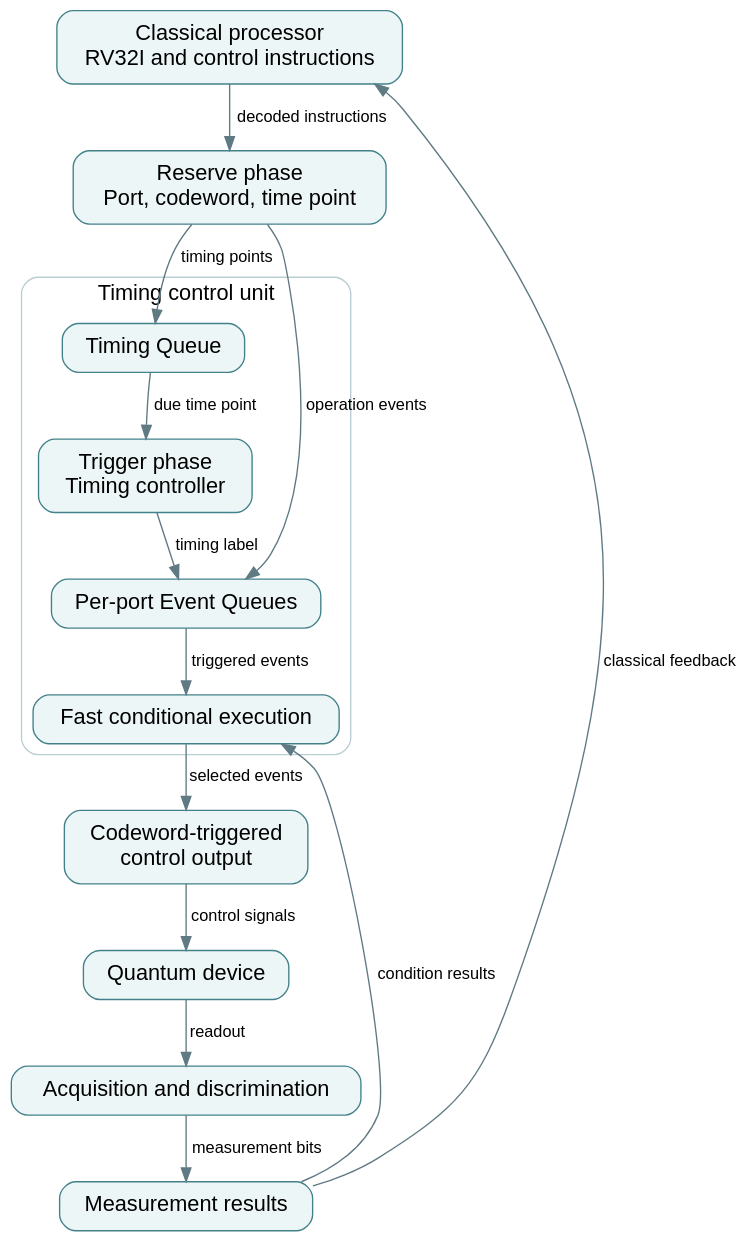
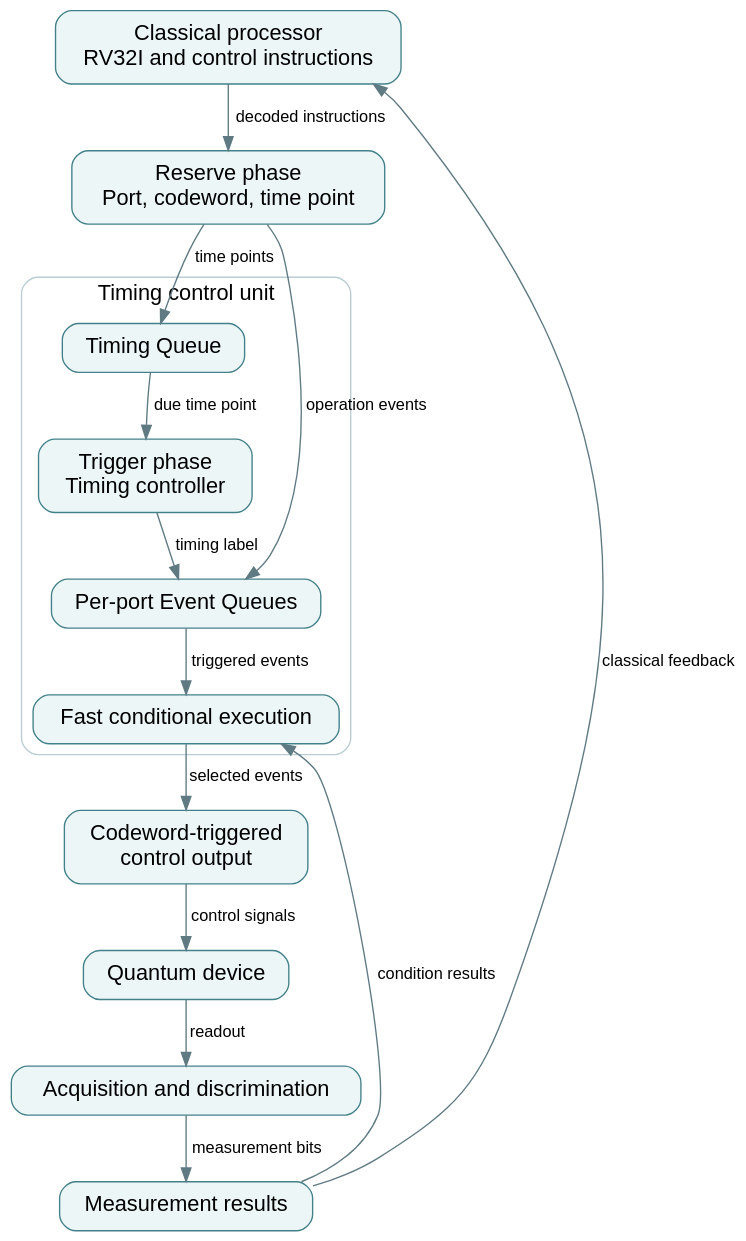
Before and after one commit to qsbit-org/qsbit-sim: the diagram in docs/architecture.dot, drawn with Graphviz. The commit also changed 44 other files, not shown here.

```diff
--- a/docs/architecture.dot
+++ b/docs/architecture.dot
@@ -1,30 +1,30 @@
 digraph architecture {
   graph [rankdir=TB, bgcolor="transparent", pad=0.2, nodesep=0.35, ranksep=0.5];
   node [shape=box, style="rounded,filled", fillcolor="#edf6f7", color="#43818a", fontname="sans-serif", fontsize=16, margin="0.18,0.12", target="_top"];
   edge [color="#607a83", fontname="sans-serif", fontsize=12];
   cpu [label="Classical processor\nRV32I and control instructions", href="modules/cpu-cycle-model.html"];
   reserve [label="Reserve phase\nPort, codeword, time point", href="modules/reserve-phase.html"];
   subgraph cluster_tcu {
     label="Timing control unit"; color="#bacdd2"; style="rounded"; fontname="sans-serif"; fontsize=16;
     timing [label="Timing Queue", href="modules/timing-queue.html"];
     events [label="Per-port Event Queues", href="modules/per-port-event-queues.html"];
     trigger [label="Trigger phase\nTiming controller", href="modules/timing-controller.html"];
     conditional [label="Fast conditional execution", href="modules/conditional-execution.html"];
   }
   output [label="Codeword-triggered\ncontrol output", href="modules/control-output.html"];
   device [label="Quantum device", href="modules/quantum-device-model.html"];
   measurement [label="Acquisition and discrimination", href="modules/acquisition-and-discrimination.html"];
   results [label="Measurement results", href="modules/measurement-results.html"];
   cpu -> reserve [label="decoded instructions"];
-  reserve -> timing [label="timing points"];
+  reserve -> timing [label="time points"];
   reserve -> events [label="operation events"];
   timing -> trigger [label="due time point"];
   trigger -> events [label="timing label"];
   events -> conditional [label="triggered events"];
   conditional -> output [label="selected events"];
   output -> device [label="control signals"];
   device -> measurement [label="readout"];
   measurement -> results [label="measurement bits"];
   results -> cpu [label="classical feedback", constraint=false];
   results -> conditional [label="condition results", constraint=false];
 }
```
